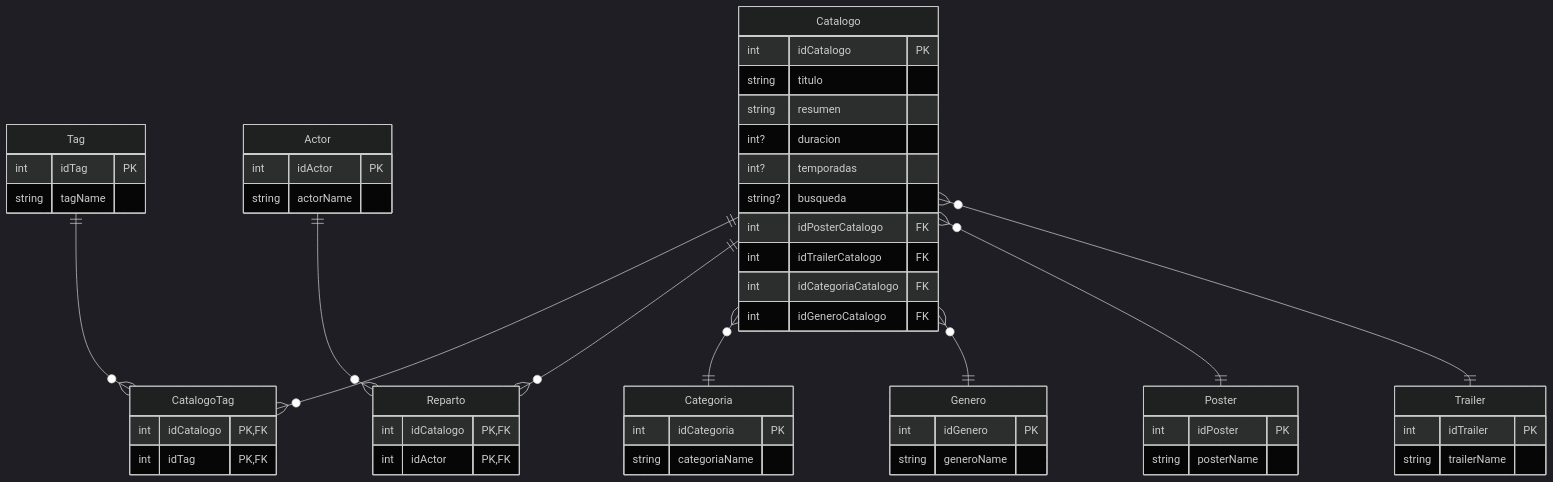
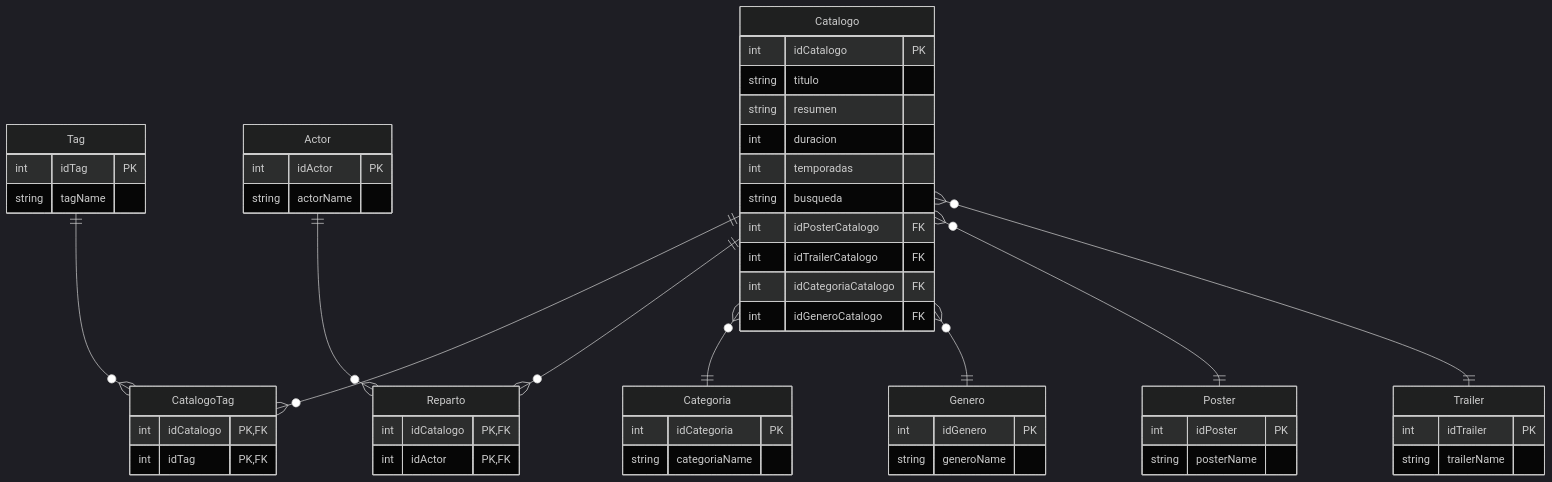
One commit to romina-iurchik/FinalBackend changed the first of 2 diagrams in README.md. Above: the diagram before and after it, drawn with Mermaid (dark theme). The commit also changed other lines of this file, not shown here.

````diff
--- a/README.md
+++ b/README.md
@@ -72,55 +72,55 @@
 ```mermaid
 erDiagram
-  Catalogo {
-    int idCatalogo PK
-    string titulo
-    string resumen
-    int? duracion
-    int? temporadas
-    string? busqueda
-    int idPosterCatalogo FK
-    int idTrailerCatalogo FK
-    int idCategoriaCatalogo FK
-    int idGeneroCatalogo FK
-  }
-  Categoria {
-    int idCategoria PK
-    string categoriaName
-  }
-  Genero {
-    int idGenero PK
-    string generoName
-  }
-  Actor {
-    int idActor PK
-    string actorName
-  }
-  Tag {
-    int idTag PK
-    string tagName
-  }
-  Poster {
-    int idPoster PK
-    string posterName
-  }
-  Trailer {
-    int idTrailer PK
-    string trailerName
-  }
-  CatalogoTag {
-    int idCatalogo PK, FK
-    int idTag PK, FK
-  }
-  Reparto {
-    int idCatalogo PK, FK
-    int idActor PK, FK
-  }
-  Catalogo ||--o{ CatalogoTag : ""
-  Tag ||--o{ CatalogoTag : ""
-  Catalogo ||--o{ Reparto : ""
-  Actor ||--o{ Reparto : ""
-  Catalogo }o--|| Categoria : ""
-  Catalogo }o--|| Genero : ""
-  Catalogo }o--|| Poster : ""
-  Catalogo }o--|| Trailer : ""
+  Catalogo {
+    int idCatalogo PK
+    string titulo
+    string resumen
+    int duracion
+    int temporadas
+    string busqueda
+    int idPosterCatalogo FK
+    int idTrailerCatalogo FK
+    int idCategoriaCatalogo FK
+    int idGeneroCatalogo FK
+  }
+  Categoria {
+    int idCategoria PK
+    string categoriaName
+  }
+  Genero {
+    int idGenero PK
+    string generoName
+  }
+  Actor {
+    int idActor PK
+    string actorName
+  }
+  Tag {
+    int idTag PK
+    string tagName
+  }
+  Poster {
+    int idPoster PK
+    string posterName
+  }
+  Trailer {
+    int idTrailer PK
+    string trailerName
+  }
+  CatalogoTag {
+    int idCatalogo PK, FK
+    int idTag PK, FK
+  }
+  Reparto {
+    int idCatalogo PK, FK
+    int idActor PK, FK
+  }
+  Catalogo ||--o{ CatalogoTag : ""
+  Tag ||--o{ CatalogoTag : ""
+  Catalogo ||--o{ Reparto : ""
+  Actor ||--o{ Reparto : ""
+  Catalogo }o--|| Categoria : ""
+  Catalogo }o--|| Genero : ""
+  Catalogo }o--|| Poster : ""
+  Catalogo }o--|| Trailer : ""
 ```
````
